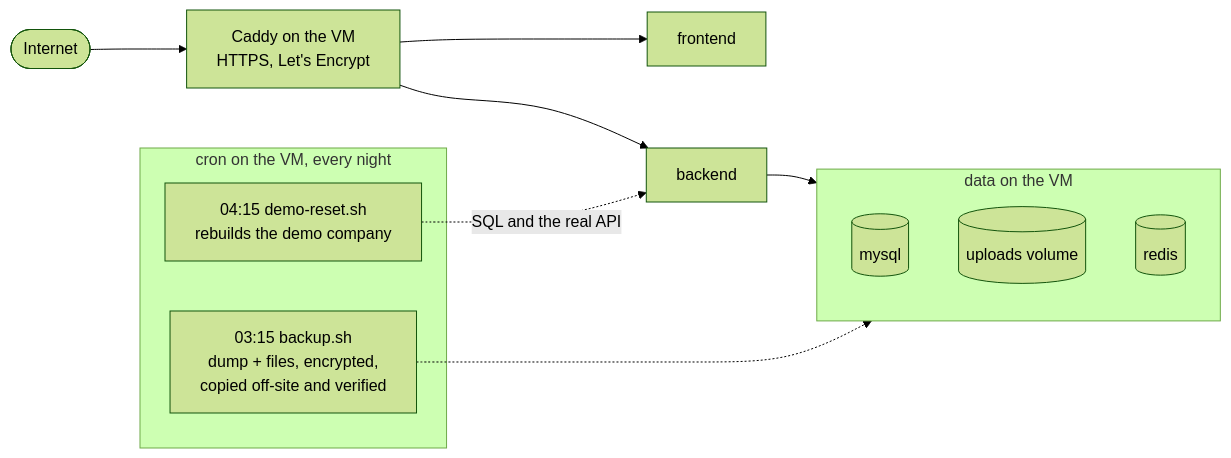
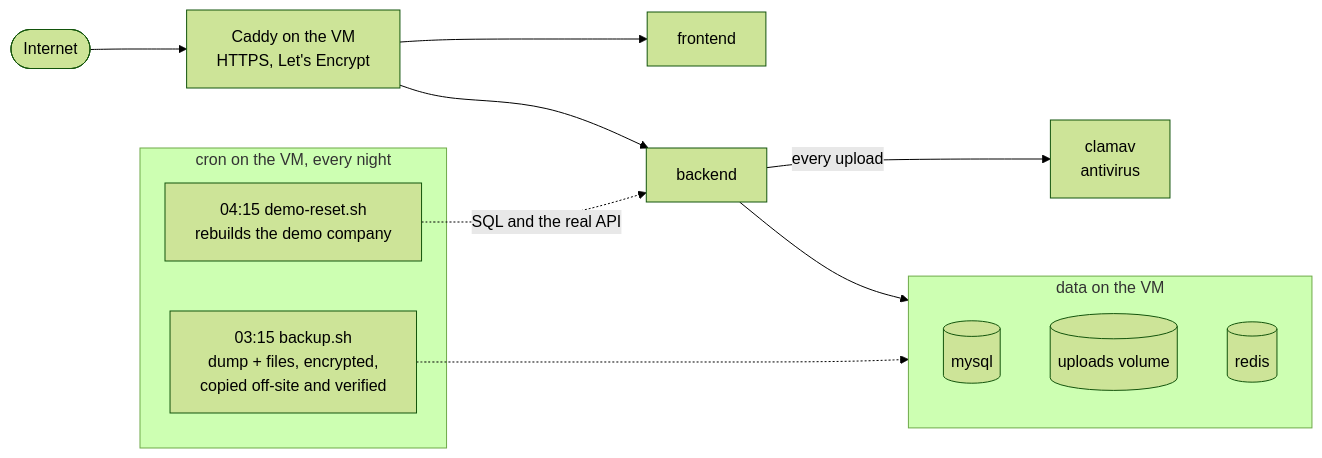
The second of 2 diagrams in README.md (DonatoCorbacioDev/bcm-v2-docker), drawn with Mermaid (forest theme) before and after one commit. The commit also changed other lines of this file and 3 other files, not shown here.

````diff
--- a/README.md
+++ b/README.md
@@ -42,18 +43,19 @@
 ```mermaid
 flowchart LR
     internet(["Internet"]) --> caddy["Caddy on the VM<br/>HTTPS, Let's Encrypt"]
     caddy --> fe["frontend"]
     caddy --> api["backend"]
     subgraph data["data on the VM"]
         db[("mysql")]
         files[("uploads volume")]
         redis[("redis")]
     end
     api --> data
+    api -->|every upload| clamav["clamav<br/>antivirus"]
     subgraph nightly["cron on the VM, every night"]
         backup["03:15 backup.sh<br/>dump + files, encrypted,<br/>copied off-site and verified"]
         reset["04:15 demo-reset.sh<br/>rebuilds the demo company"]
     end
     backup -.-> data
     reset -.->|SQL and the real API| api
 ```
````
